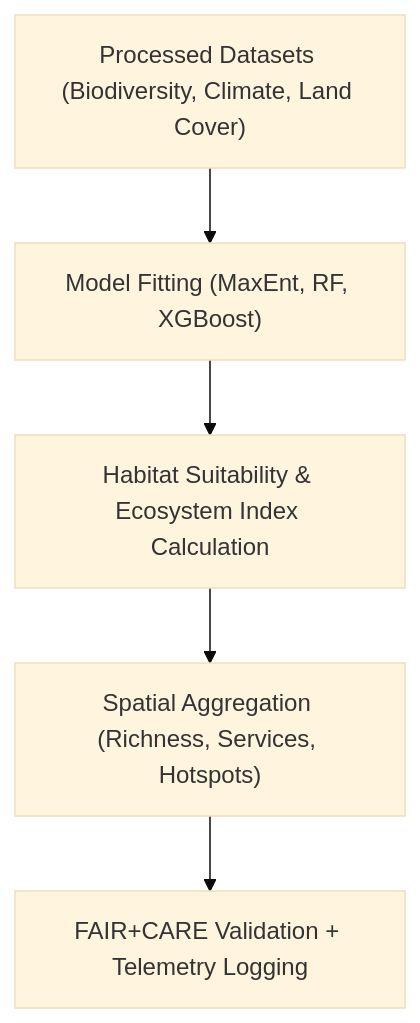
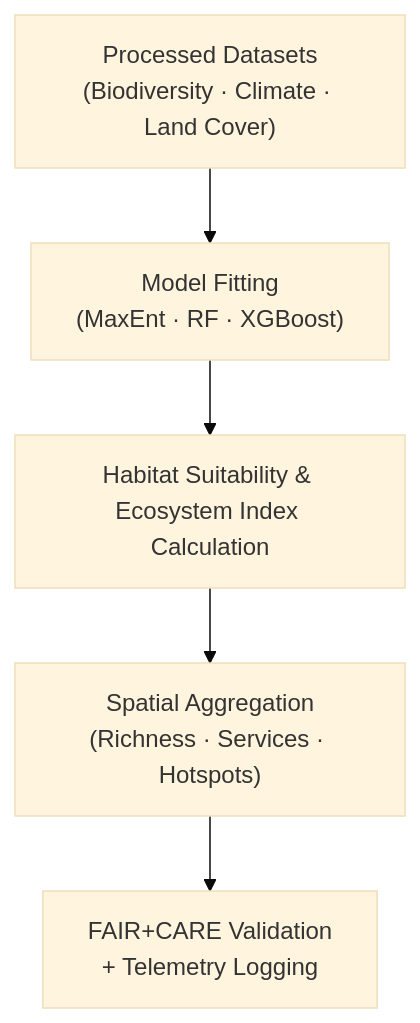
Before and after one commit to bartytime4life/Kansas-Frontier-Matrix: the diagram in docs/analyses/ecology/datasets/derived/README.md, drawn with Mermaid (base theme). The commit also changed other lines of this file, not shown here.

````diff
--- a/docs/analyses/ecology/datasets/derived/README.md
+++ b/docs/analyses/ecology/datasets/derived/README.md
@@ -69,7 +182,8 @@
 ```mermaid
 flowchart TD
-  A["Processed Datasets (Biodiversity, Climate, Land Cover)"] --> B["Model Fitting (MaxEnt, RF, XGBoost)"]
+  A["Processed Datasets<br/>(Biodiversity · Climate · Land Cover)"]
+    --> B["Model Fitting<br/>(MaxEnt · RF · XGBoost)"]
   B --> C["Habitat Suitability & Ecosystem Index Calculation"]
-  C --> D["Spatial Aggregation (Richness, Services, Hotspots)"]
-  D --> E["FAIR+CARE Validation + Telemetry Logging"]
+  C --> D["Spatial Aggregation<br/>(Richness · Services · Hotspots)"]
+  D --> E["FAIR+CARE Validation<br/>+ Telemetry Logging"]
 ```
````
